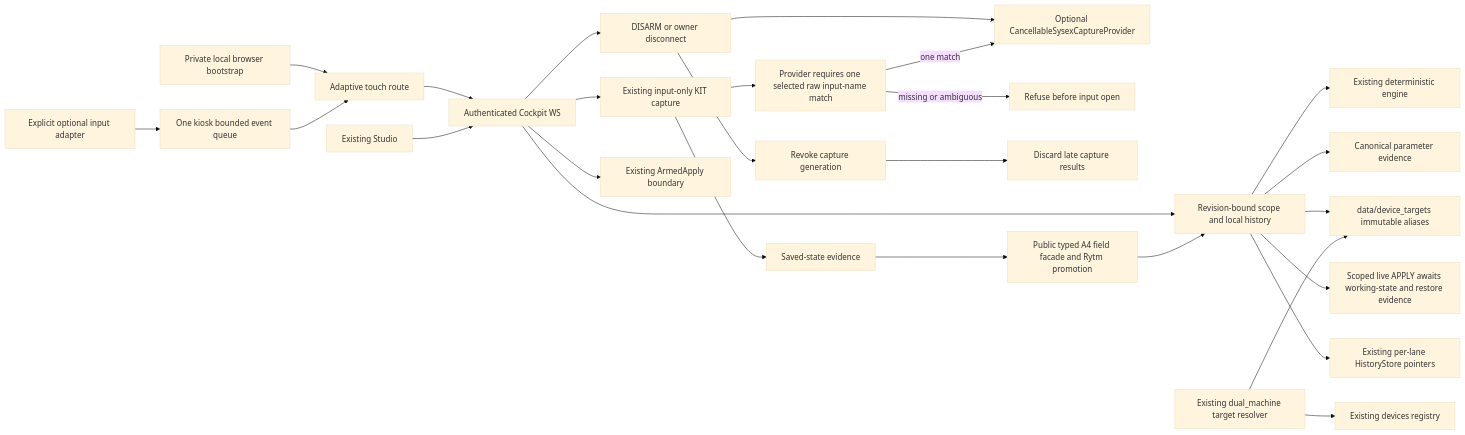
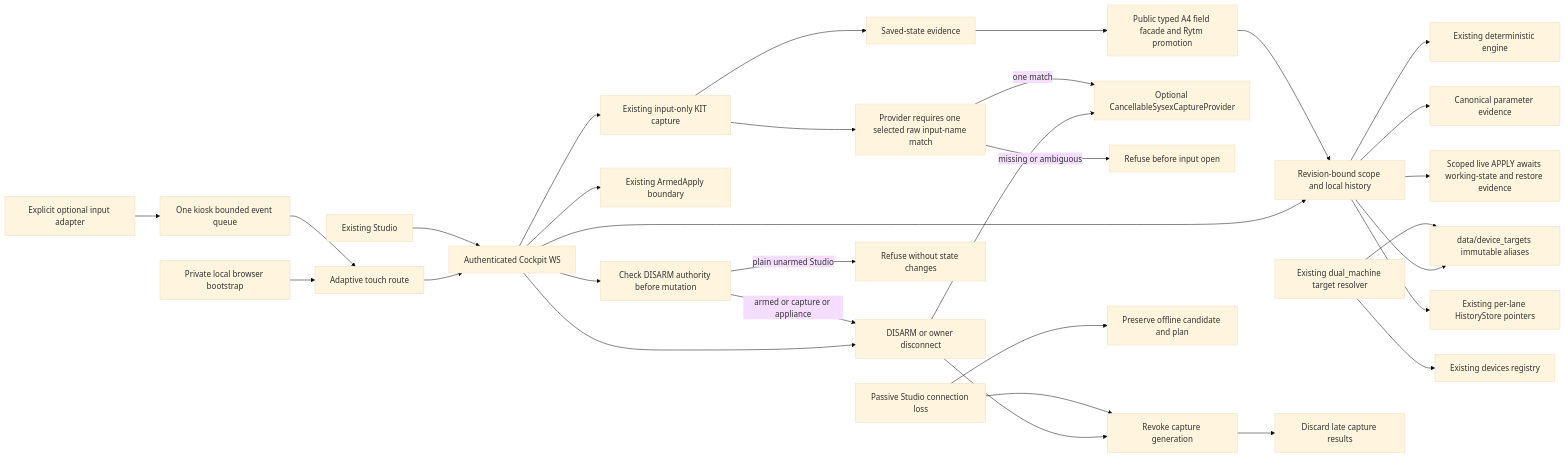
Before and after one commit to buzzijose-hub/RytmRandomizer: the first of 38 diagrams in docs/ARCHITECTURE_DIAGRAMS.md, drawn with Mermaid (base theme). The commit also changed 7 other files, not shown here.

````diff
--- a/docs/ARCHITECTURE_DIAGRAMS.md
+++ b/docs/ARCHITECTURE_DIAGRAMS.md
@@ -5,28 +5,33 @@
 ```mermaid
 flowchart LR
   Touch[Adaptive touch route] --> WS[Authenticated Cockpit WS]
   Studio[Existing Studio] --> WS
   Kiosk[Private local browser bootstrap] --> Touch
   WS --> Scope[Revision-bound scope and local history]
   Scope --> Engine[Existing deterministic engine]
   Scope --> Catalog[Canonical parameter evidence]
   Scope --> Aliases[data/device_targets immutable aliases]
   Resolver[Existing dual_machine target resolver] --> Aliases
   Resolver --> Registry[Existing devices registry]
   WS --> Capture[Existing input-only KIT capture]
   WS --> Cancel[DISARM or owner disconnect]
   Cancel --> Generation[Revoke capture generation]
   Cancel --> Provider[Optional CancellableSysexCaptureProvider]
   Capture --> InputIdentity[Provider requires one selected raw input-name match]
   InputIdentity -->|one match| Provider
   InputIdentity -->|missing or ambiguous| InputRefusal[Refuse before input open]
   Generation --> Late[Discard late capture results]
   Capture --> Saved[Saved-state evidence]
   Saved --> Native[Public typed A4 field facade and Rytm promotion]
   Native --> Scope
   Pins[Explicit optional input adapter] --> Queue[One kiosk bounded event queue]
   Queue --> Touch
   WS --> Armed[Existing ArmedApply boundary]
+  WS --> DisarmCheck[Check DISARM authority before mutation]
+  DisarmCheck -->|plain unarmed Studio| UnarmedRefusal[Refuse without state changes]
+  DisarmCheck -->|armed or capture or appliance| Cancel
+  Drop[Passive Studio connection loss] --> KeepOffline[Preserve offline candidate and plan]
+  Drop --> Generation
   Scope --> Block[Scoped live APPLY awaits working-state and restore evidence]
   Scope --> History[Existing per-lane HistoryStore pointers]
 ```
````
